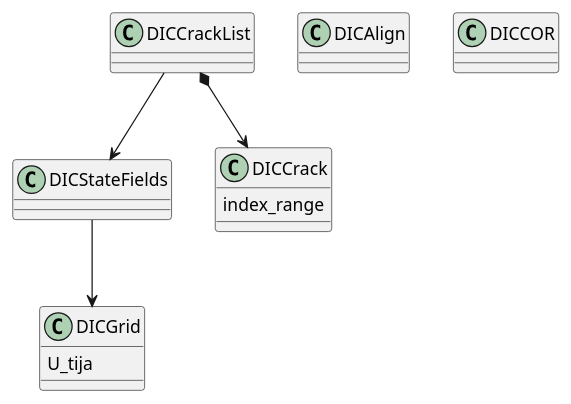
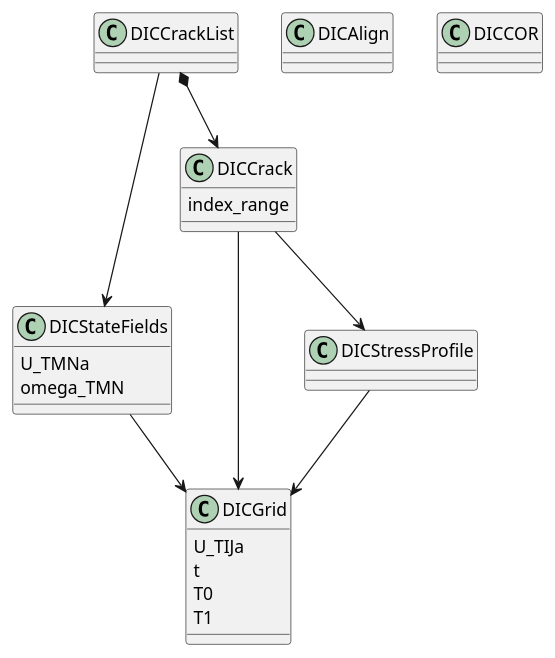
The diagram in bmcs_shear/dic_crack/class_diagram.puml (bmcs-group/bmcs_shear_zone), drawn with PlantUML before and after one commit. The commit also changed 10 other files, not shown here.

```diff
--- a/bmcs_shear/dic_crack/class_diagram.puml
+++ b/bmcs_shear/dic_crack/class_diagram.puml
@@ -1,29 +1,39 @@
 @startuml
 'https://plantuml.com/class-diagram
 
 
 class DICGrid {
-  U_tija
+  U_TIJa
+  t
+  T0
+  T1
 }
 
 class DICStateFields{
-
+  U_TMNa
+  omega_TMN
 }
 
 DICStateFields --> DICGrid
 
 class DICCrack {
    index_range
 }
 
 DICCrackList --> DICStateFields
 
 DICCrackList *--> DICCrack
 
+DICCrack --> DICGrid
+
+DICCrack --> DICStressProfile
+
+DICStressProfile --> DICGrid
+
 class DICAlign{
 }
 
 class DICCOR{
 }
 
 @enduml
```
